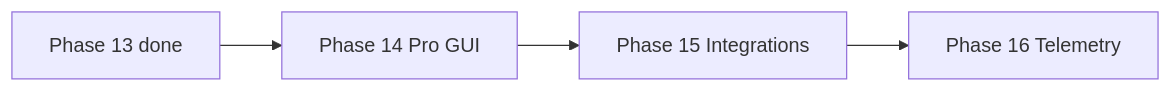
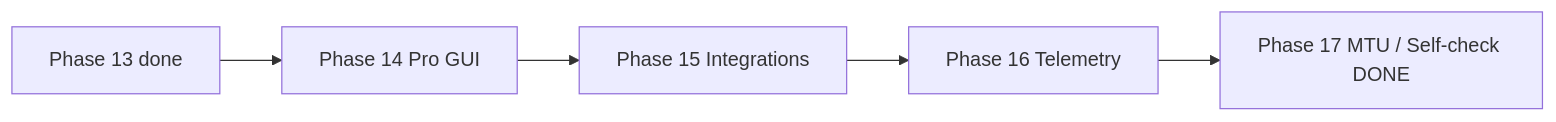
Before and after one commit to sesquicadaver/PINGUI: the diagram in ROADMAP.en.md, drawn with Mermaid. The commit also changed other lines of this file and 37 other files, not shown here.

````diff
--- a/ROADMAP.en.md
+++ b/ROADMAP.en.md
@@ -67,6 +67,7 @@
 ```mermaid
 flowchart LR
   F13[Phase 13 done] --> F14[Phase 14 Pro GUI]
   F14 --> F15[Phase 15 Integrations]
   F15 --> F16[Phase 16 Telemetry]
+  F16 --> F17[Phase 17 MTU / Self-check DONE]
 ```
````
